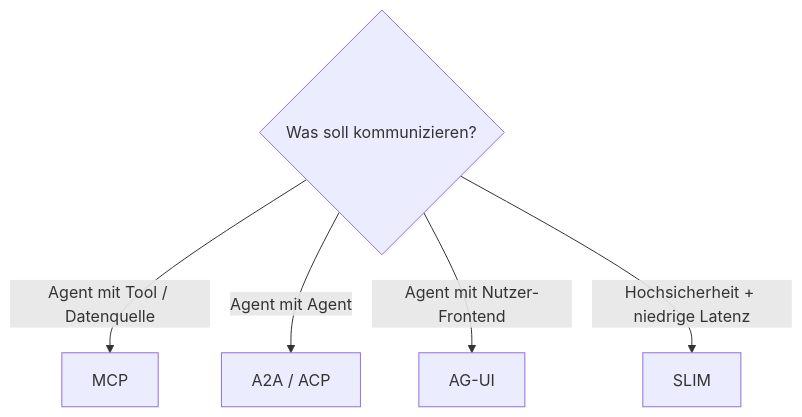
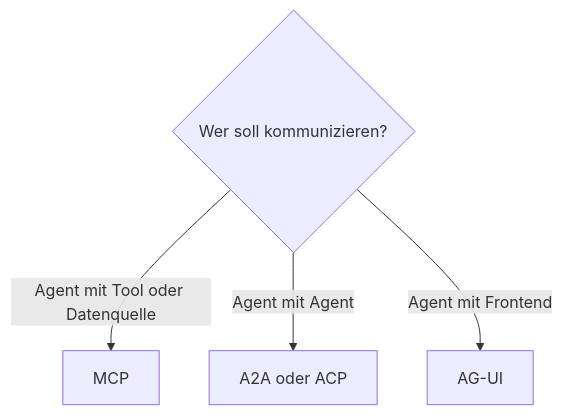
One commit to ralf-42/Agenten changed the seventh of 9 diagrams in docs/concepts/Agenten_Kommunikationsprotokolle.md. Above: the diagram before and after it, drawn with Mermaid. The commit also changed other lines of this file and 15 other files, not shown here.

````diff
--- a/docs/concepts/Agenten_Kommunikationsprotokolle.md
+++ b/docs/concepts/Agenten_Kommunikationsprotokolle.md
@@ -327,9 +249,8 @@
 ```mermaid
 flowchart TD
-    F{Was soll kommunizieren?}
+    F{Wer soll kommunizieren?}
 
-    F -->|Agent mit Tool / Datenquelle| MCP[MCP]
-    F -->|Agent mit Agent| A2A[A2A / ACP]
-    F -->|Agent mit Nutzer-Frontend| AGUI[AG-UI]
-    F -->|Hochsicherheit + niedrige Latenz| SLIM[SLIM]
+    F -->|Agent mit Tool oder Datenquelle| MCP[MCP]
+    F -->|Agent mit Agent| A2A[A2A oder ACP]
+    F -->|Agent mit Frontend| AGUI[AG-UI]
 ```
````
